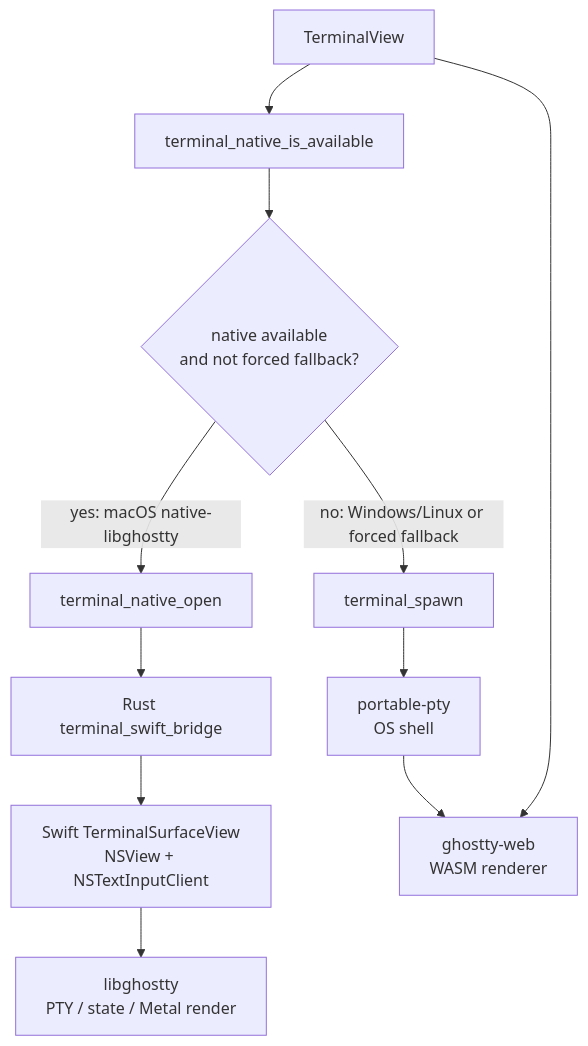
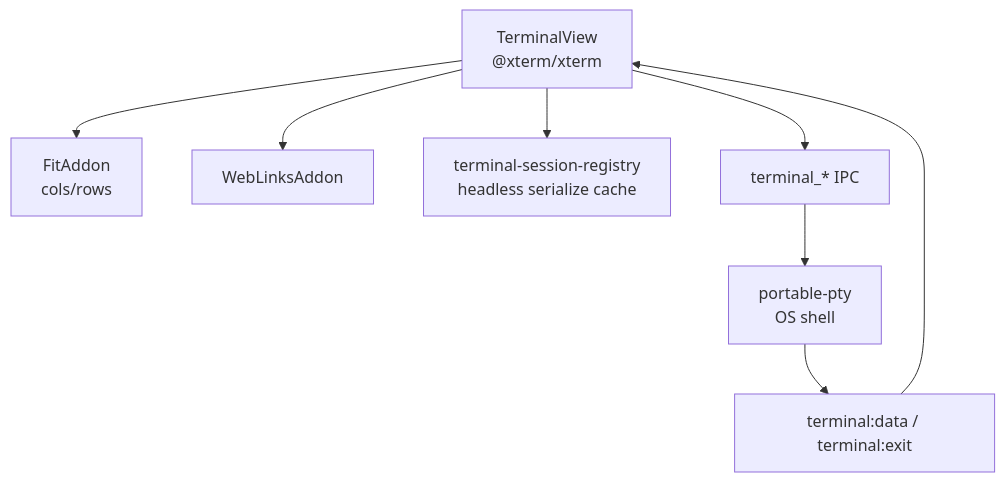
One commit to ByeongGi/munix changed the fifth of 6 diagrams in docs/app-runtime-architecture.md. Above: the diagram before and after it, drawn with Mermaid. The commit also changed other lines of this file and 28 other files, not shown here.

Commit message:
refactor(terminal): switch to xterm runtime

````diff
--- a/docs/app-runtime-architecture.md
+++ b/docs/app-runtime-architecture.md
@@ -136,24 +133,18 @@
 ```mermaid
 flowchart TB
-  TerminalView["TerminalView"]
-  Availability["terminal_native_is_available"]
-  Decision{"native available<br/>and not forced fallback?"}
-  NativeOpen["terminal_native_open"]
-  NativeBridge["Rust terminal_swift_bridge"]
-  Swift["Swift TerminalSurfaceView<br/>NSView + NSTextInputClient"]
-  Libghostty["libghostty<br/>PTY / state / Metal render"]
-  WebSpawn["terminal_spawn"]
-  WebRenderer["ghostty-web<br/>WASM renderer"]
-  PortablePty["portable-pty<br/>OS shell"]
+  TerminalView["TerminalView<br/>@xterm/xterm"]
+  Fit["FitAddon<br/>cols/rows"]
+  Links["WebLinksAddon"]
+  ScreenState["terminal-session-registry<br/>headless serialize cache"]
+  IPC["terminal_* IPC"]
+  Pty["portable-pty<br/>OS shell"]
+  Events["terminal:data / terminal:exit"]
 
-  TerminalView --> Availability
-  Availability --> Decision
-  Decision -->|yes: macOS native-libghostty| NativeOpen
-  NativeOpen --> NativeBridge
-  NativeBridge --> Swift
-  Swift --> Libghostty
-  Decision -->|no: Windows/Linux or forced fallback| WebSpawn
-  WebSpawn --> PortablePty
-  TerminalView --> WebRenderer
-  PortablePty --> WebRenderer
+  TerminalView --> Fit
+  TerminalView --> Links
+  TerminalView --> ScreenState
+  TerminalView --> IPC
+  IPC --> Pty
+  Pty --> Events
+  Events --> TerminalView
 ```
````
